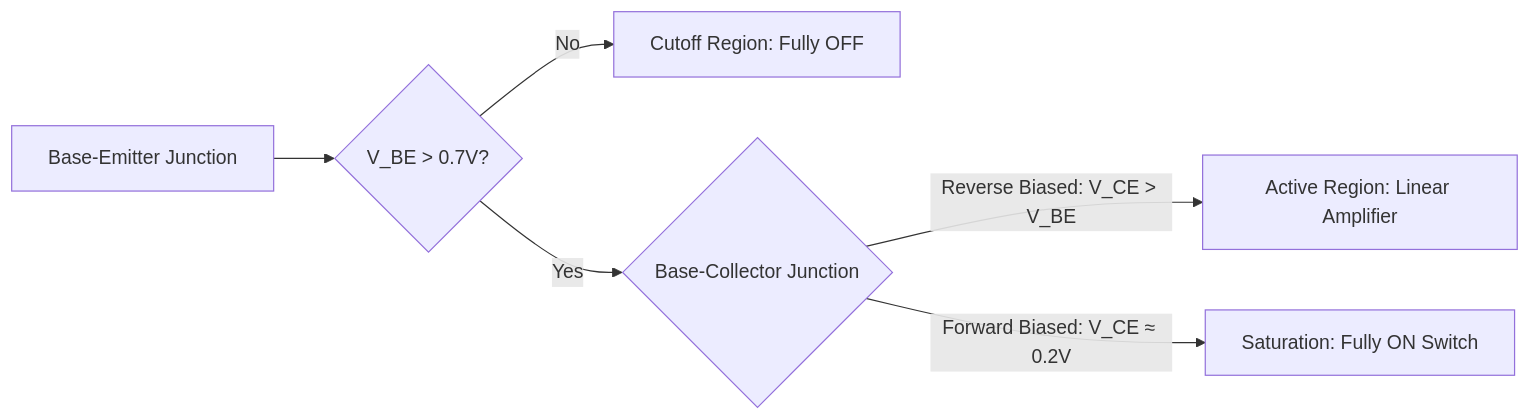
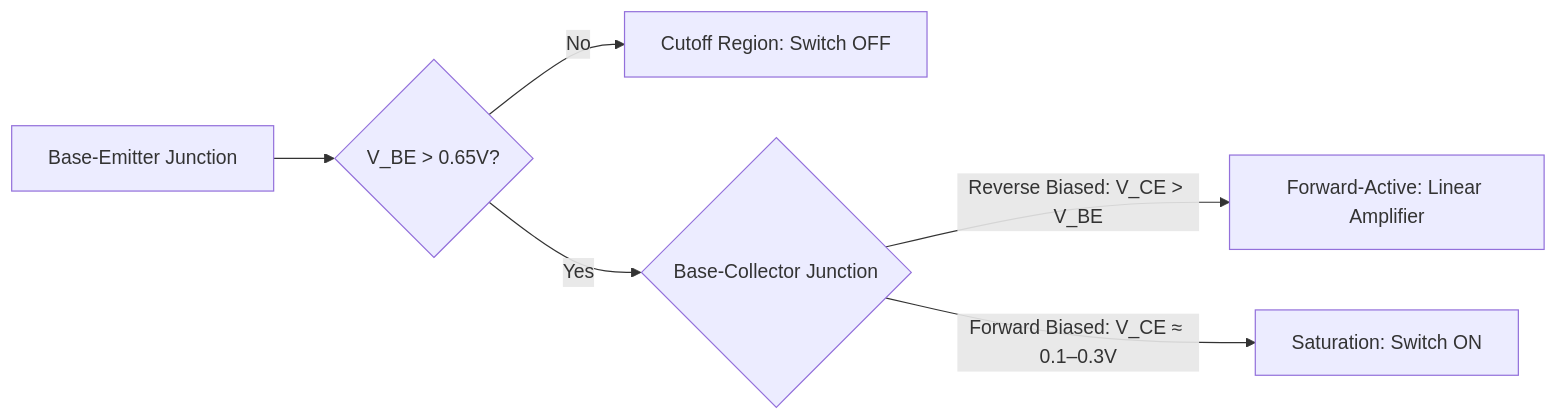
One commit to X3lyz3/embedded-engineering-handbook changed the first of 4 diagrams in README.md. Above: the diagram before and after it, drawn with Mermaid. The commit also changed other lines of this file, not shown here.

````diff
--- a/README.md
+++ b/README.md
@@ -61,8 +86,8 @@
 ```mermaid
 flowchart LR
-    A[Base-Emitter Junction] --> B{V_BE > 0.7V?}
-    B -->|No| C[Cutoff Region: Fully OFF]
+    A[Base-Emitter Junction] --> B{V_BE > 0.65V?}
+    B -->|No| C[Cutoff Region: Switch OFF]
     B -->|Yes| D{Base-Collector Junction}
-    D -->|Reverse Biased: V_CE > V_BE| E[Active Region: Linear Amplifier]
-    D -->|Forward Biased: V_CE ≈ 0.2V| F[Saturation: Fully ON Switch]
+    D -->|Reverse Biased: V_CE > V_BE| E[Forward-Active: Linear Amplifier]
+    D -->|Forward Biased: V_CE ≈ 0.1–0.3V| F[Saturation: Switch ON]
 ```
````
